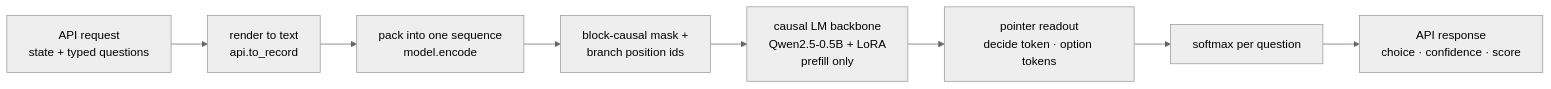
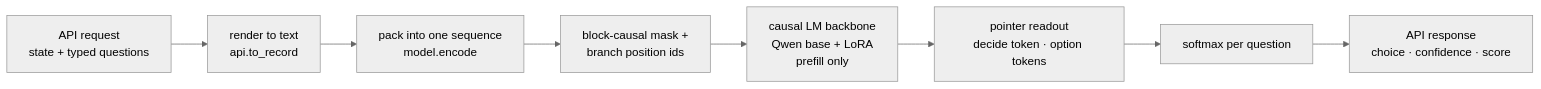
Before and after one commit to AadharshAadhithya/kev: the first of 2 diagrams in README.md, drawn with Mermaid (neutral theme). The commit also changed other lines of this file and 11 other files, not shown here.

Commit message:
README refresh: family figure, kev-4b quick start with real output, weights table, frozen-suite and Jev sections rewritten around v4 results, new playground/chess screenshots; serve reports the Hub id; cards use transfer-v4 Jev numbers

````diff
--- a/README.md
+++ b/README.md
@@ -167,10 +169,10 @@
 ```mermaid
 flowchart LR
     A[API request<br/>state + typed questions] --> B[render to text<br/>api.to_record]
     B --> C[pack into one sequence<br/>model.encode]
     C --> D[block-causal mask +<br/>branch position ids]
-    D --> E[causal LM backbone<br/>Qwen2.5-0.5B + LoRA<br/>prefill only]
+    D --> E[causal LM backbone<br/>Qwen base + LoRA<br/>prefill only]
     E --> F[pointer readout<br/>decide token · option tokens]
     F --> G[softmax per question]
     G --> H[API response<br/>choice · confidence · score]
 ```
````
